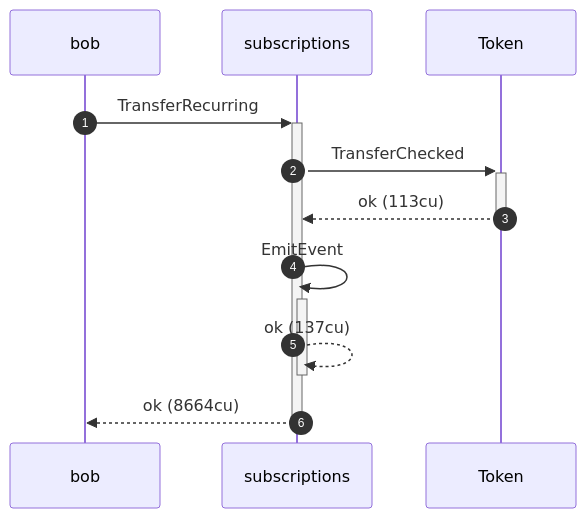
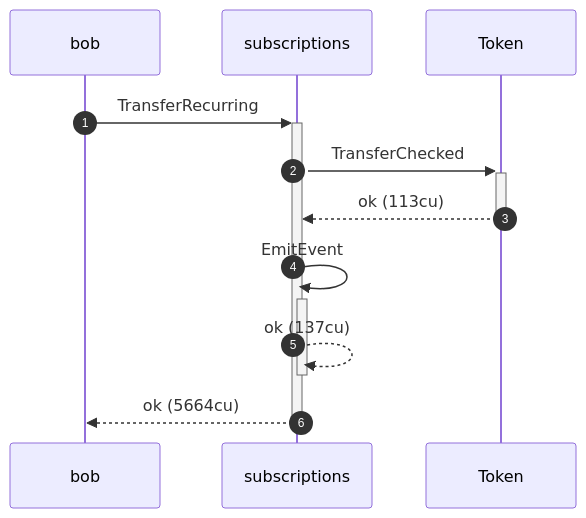
The tenth of 12 diagrams in dsl_tests/recurring-transfer-after-expiry-is-refused.md (cds-rs/subscriptions), drawn with Mermaid before and after one commit. The commit also changed other lines of this file and 224 other files, not shown here.

````diff
--- a/dsl_tests/recurring-transfer-after-expiry-is-refused.md
+++ b/dsl_tests/recurring-transfer-after-expiry-is-refused.md
@@ -200,13 +209,13 @@
 ```mermaid
 sequenceDiagram
     autonumber
     participant bob
     participant subscriptions
     participant Token
     bob ->>+ subscriptions: TransferRecurring
     subscriptions ->>+ Token: TransferChecked
     Token -->>- subscriptions: ok (113cu)
     subscriptions ->>+ subscriptions: EmitEvent
     subscriptions -->>- subscriptions: ok (137cu)
-    subscriptions -->>- bob: ok (8664cu)
+    subscriptions -->>- bob: ok (5664cu)
 ```
````
